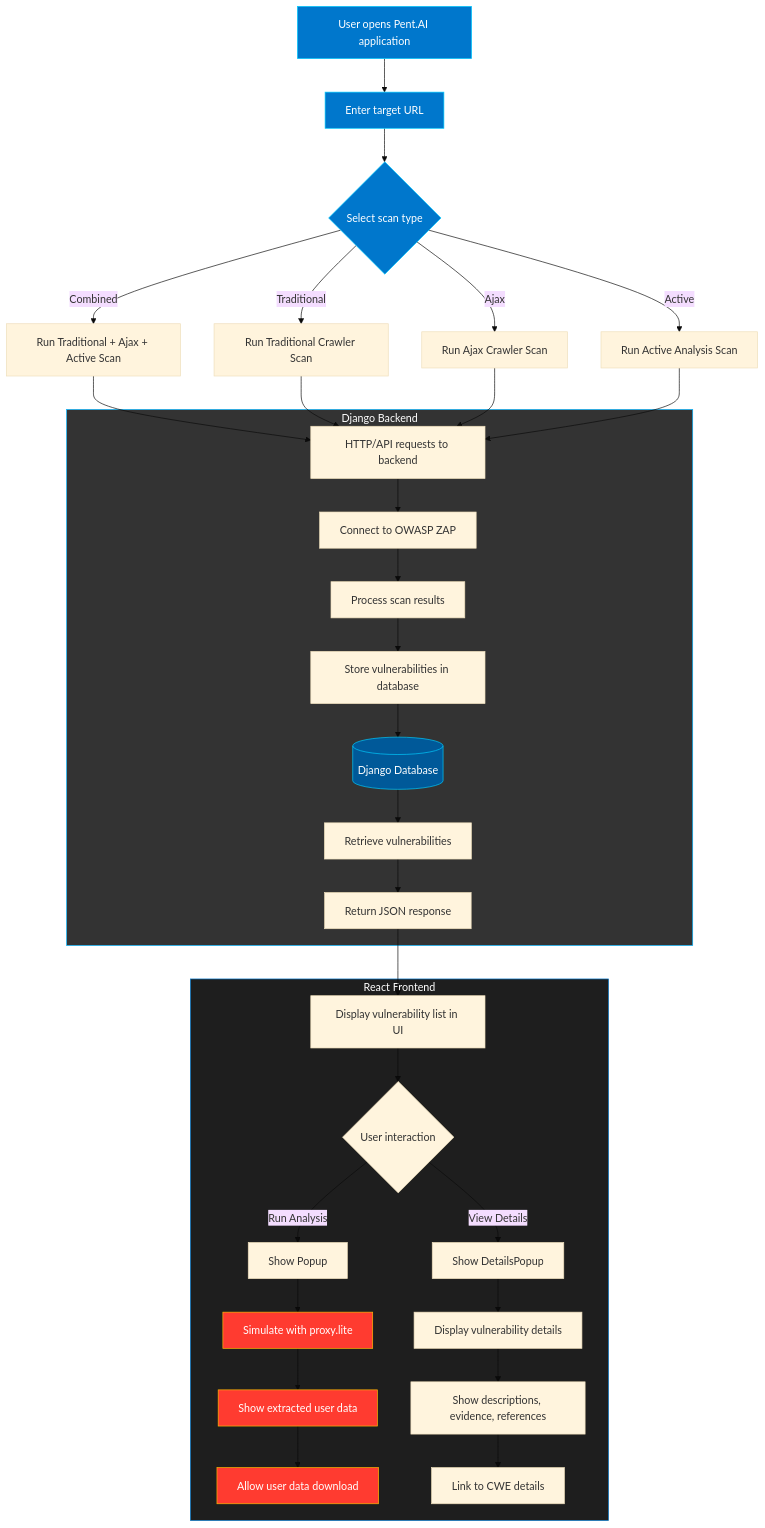
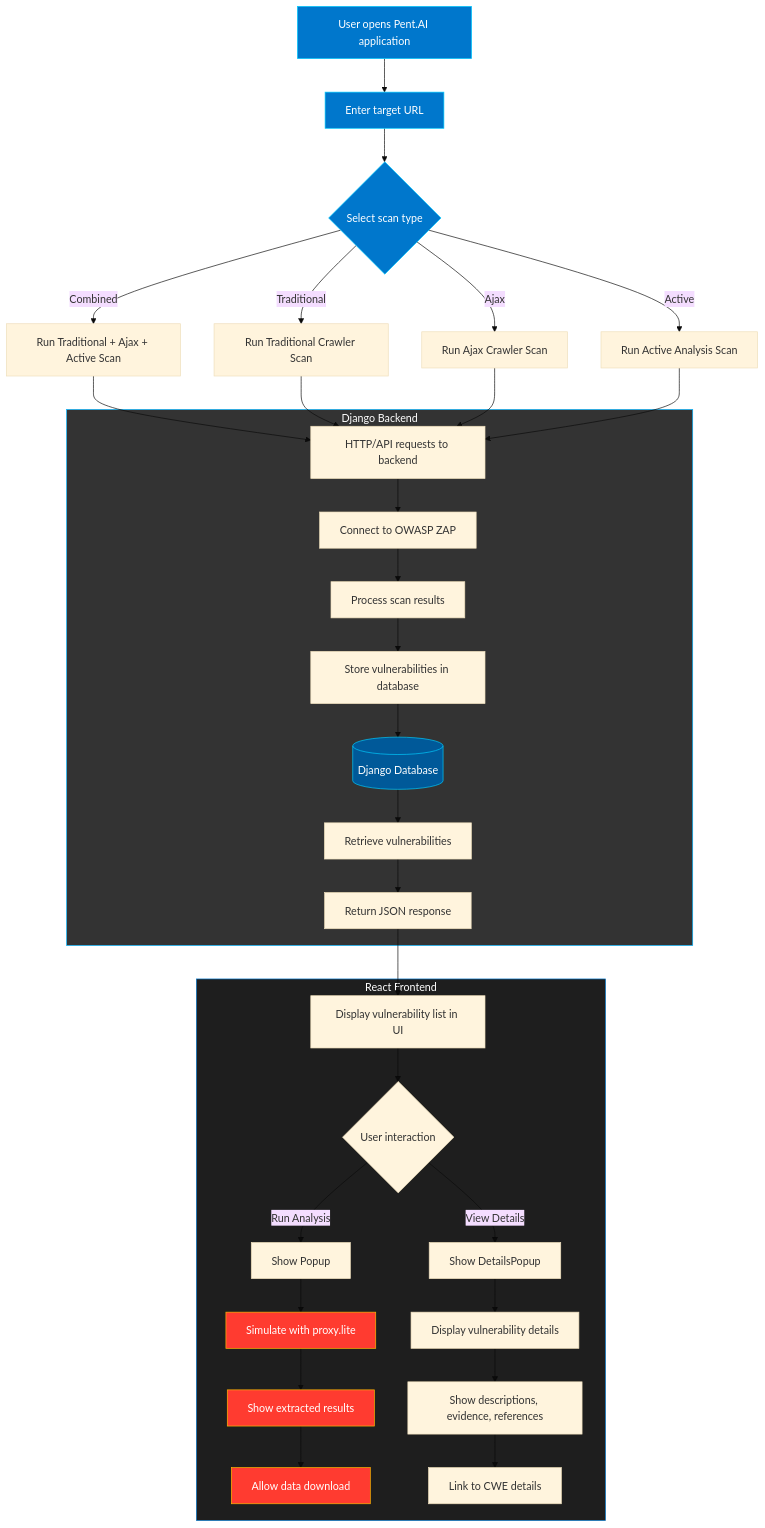
Before and after one commit to ethan-leonard/pent.ai: the diagram in README.md, drawn with Mermaid (base theme).

Commit message:
📝 update readme with diagram

````diff
--- a/README.md
+++ b/README.md
@@ -38,62 +38,62 @@
 ```mermaid
 flowchart TD
     %% Main user flow
     A[User opens Pent.AI application] --> B[Enter target URL]
     B --> C{Select scan type}
     
     %% Scan options
     C -->|Combined| D[Run Traditional + Ajax + Active Scan]
     C -->|Traditional| E[Run Traditional Crawler Scan]
     C -->|Ajax| F[Run Ajax Crawler Scan]
     C -->|Active| G[Run Active Analysis Scan]
     
     %% Connection types
     D --> H1[HTTP/API requests to backend]
     E --> H1
     F --> H1
     G --> H1
     
     %% Backend processing
     subgraph Backend ["Django Backend"]
         H1 --> H2[Connect to OWASP ZAP]
         H2 --> H3[Process scan results]
         H3 --> H4[Store vulnerabilities in database]
         
         %% Database operations
         H4 --> DB[(Django Database)]
         DB --> H5[Retrieve vulnerabilities]
         H5 --> H6[Return JSON response]
     end
     
     %% Frontend display
     subgraph Frontend ["React Frontend"]
         H6 --> I[Display vulnerability list in UI]
         I --> J{User interaction}
         
         %% User actions
         J -->|View Details| K[Show DetailsPopup]
         J -->|Run Analysis| L[Show Popup]
         
         %% Detailed actions
         L --> M[Simulate with proxy.lite]
-        M --> N[Show extracted user data]
-        N --> O[Allow user data download]
+        M --> N[Show extracted results]
+        N --> O[Allow data download]
         
         K --> P[Display vulnerability details]
         P --> Q[Show descriptions, evidence, references]
         Q --> R[Link to CWE details]
     end
     
     %% Styling
     classDef frontend fill:#1e1e1e,color:#fff,stroke:#0077cc
     classDef backend fill:#333333,color:#fff,stroke:#00b3ff
     classDef database fill:#005999,color:#fff,stroke:#00ccff
     classDef userAction fill:#0077cc,color:#fff,stroke:#00ccff
     classDef dataFlow fill:#ff3b30,color:#fff,stroke:#ffbb00
     
     class Frontend frontend
     class Backend backend
     class DB database
     class A,B,C userAction
     class M,N,O dataFlow
 ```
````
